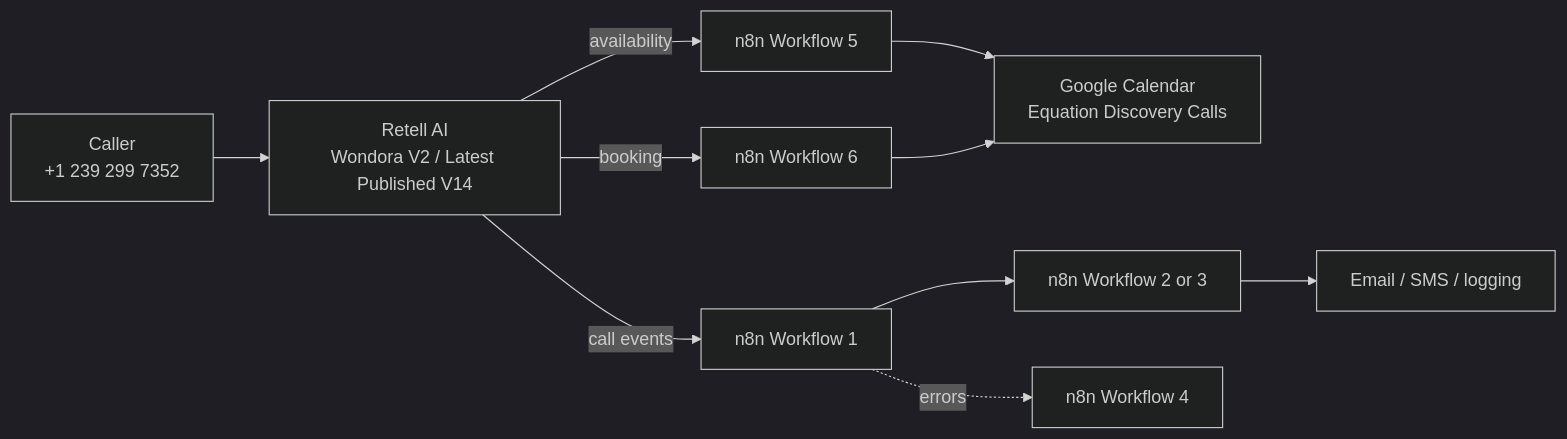
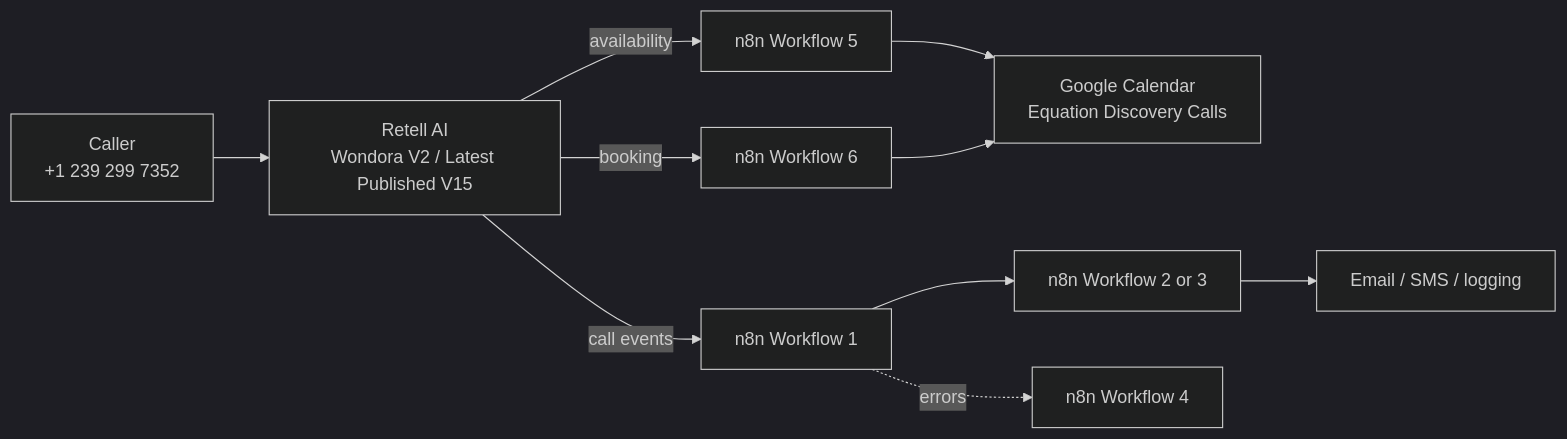
The diagram in README.md (noahbigaraa-hue/equation-ai-receptionist), drawn with Mermaid (dark theme) before and after one commit. The commit also changed other lines of this file and 12 other files, not shown here.

Commit message:
Prepare compliant booking SMS flow

````diff
--- a/README.md
+++ b/README.md
@@ -7,12 +7,12 @@
 ```mermaid
 flowchart LR
-    A["Caller<br/>+1 239 299 7352"] --> B["Retell AI<br/>Wondora V2 / Latest Published V14"]
+    A["Caller<br/>+1 239 299 7352"] --> B["Retell AI<br/>Wondora V2 / Latest Published V15"]
     B -->|"availability"| E["n8n Workflow 5"]
     B -->|"booking"| F["n8n Workflow 6"]
     B -->|"call events"| C["n8n Workflow 1"]
     C --> D["n8n Workflow 2 or 3"]
     E --> G["Google Calendar<br/>Equation Discovery Calls"]
     F --> G
     D --> H["Email / SMS / logging"]
     C -. errors .-> I["n8n Workflow 4"]
 ```
````
